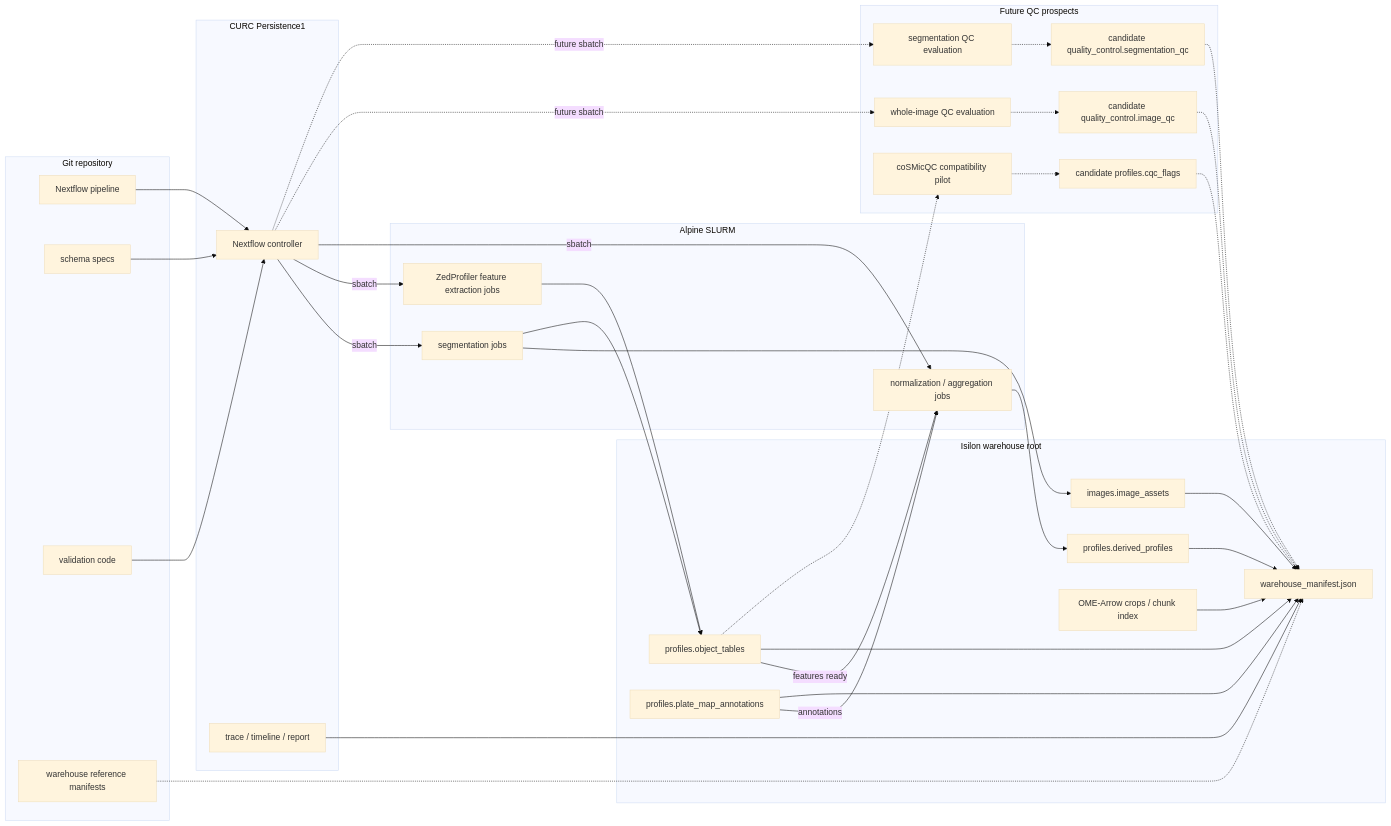
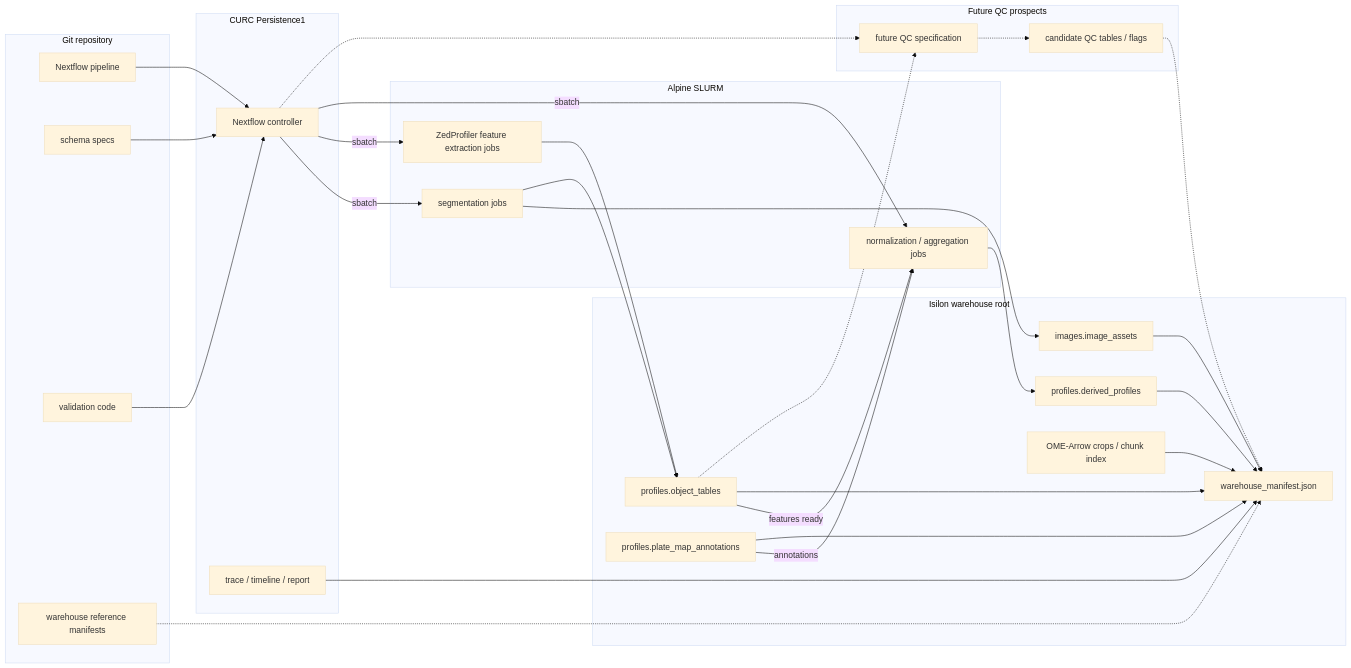
The diagram in docs/source/future_processing_plan.md (WayScience/NF1_3D_organoid_profiling_pipeline), drawn with Mermaid (base theme) before and after one commit. The commit also changed other lines of this file, not shown here.

````diff
--- a/docs/source/future_processing_plan.md
+++ b/docs/source/future_processing_plan.md
@@ -48,67 +61,58 @@
 ```mermaid
 flowchart LR
     subgraph git_repo["Git repository"]
         nextflow_pipeline["Nextflow pipeline"]
         schema_specs["schema specs"]
         validation_code["validation code"]
         warehouse_references["warehouse reference manifests"]
     end
 
     subgraph curc_persistence["CURC Persistence1"]
         nextflow_controller["Nextflow controller"]
         run_reports["trace / timeline / report"]
     end
 
     subgraph alpine_slurm["Alpine SLURM"]
         segmentation_jobs["segmentation jobs"]
         featurization_jobs["ZedProfiler feature extraction jobs"]
         profile_jobs["normalization / aggregation jobs"]
     end
 
     subgraph isilon_warehouse["Isilon warehouse root"]
         warehouse_manifest["warehouse_manifest.json"]
         image_assets["images.image_assets"]
         object_profiles["profiles.object_tables"]
         derived_profiles["profiles.derived_profiles"]
         treatment_annotations["profiles.plate_map_annotations"]
         ome_arrow_assets["OME-Arrow crops / chunk index"]
     end
 
     subgraph future_qc["Future QC prospects"]
-        image_qc_jobs["whole-image QC evaluation"]
-        segmentation_qc_jobs["segmentation QC evaluation"]
-        object_qc_jobs["coSMicQC compatibility pilot"]
-        image_qc["candidate quality_control.image_qc"]
-        segmentation_qc["candidate quality_control.segmentation_qc"]
-        cqc_flags["candidate profiles.cqc_flags"]
+        future_qc_spec["future QC specification"]
+        future_qc_outputs["candidate QC tables / flags"]
     end
 
     nextflow_pipeline --> nextflow_controller
     schema_specs --> nextflow_controller
     validation_code --> nextflow_controller
     warehouse_references -.-> warehouse_manifest
     nextflow_controller -->|sbatch| segmentation_jobs
     nextflow_controller -->|sbatch| featurization_jobs
     nextflow_controller -->|sbatch| profile_jobs
     segmentation_jobs --> image_assets
     segmentation_jobs --> object_profiles
     featurization_jobs --> object_profiles
     object_profiles -->|features ready| profile_jobs
     treatment_annotations -->|annotations| profile_jobs
     profile_jobs --> derived_profiles
     image_assets --> warehouse_manifest
     object_profiles --> warehouse_manifest
     derived_profiles --> warehouse_manifest
     treatment_annotations --> warehouse_manifest
     ome_arrow_assets --> warehouse_manifest
     run_reports --> warehouse_manifest
-    nextflow_controller -.->|future sbatch| image_qc_jobs
-    nextflow_controller -.->|future sbatch| segmentation_qc_jobs
-    object_profiles -.-> object_qc_jobs
-    image_qc_jobs -.-> image_qc
-    segmentation_qc_jobs -.-> segmentation_qc
-    object_qc_jobs -.-> cqc_flags
-    image_qc -.-> warehouse_manifest
-    segmentation_qc -.-> warehouse_manifest
-    cqc_flags -.-> warehouse_manifest
+    nextflow_controller -.-> future_qc_spec
+    object_profiles -.-> future_qc_spec
+    future_qc_spec -.-> future_qc_outputs
+    future_qc_outputs -.-> warehouse_manifest
 ```
````
